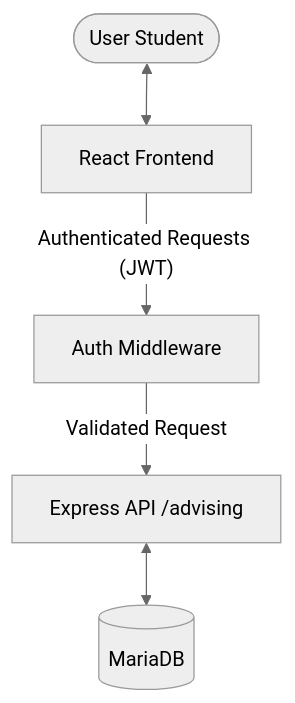
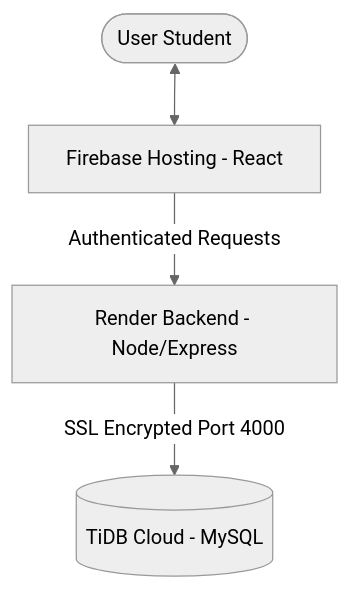
Before and after one commit to TonyCairuz/cs418518-s26: the diagram in Project/report.md, drawn with Mermaid (neutral theme). The commit also changed other lines of this file, not shown here.

````diff
--- a/Project/report.md
+++ b/Project/report.md
@@ -63,7 +66,6 @@
 ```mermaid
 graph TD
-    User([User Student]) <--> Frontend[React Frontend]
-    Frontend -- "Authenticated Requests (JWT)" --> Middleware[Auth Middleware]
-    Middleware -- "Validated Request" --> API[Express API /advising]
-    API <--> DB[(MariaDB)]
+    User([User Student]) <--> Frontend[Firebase Hosting - React]
+    Frontend -- "Authenticated Requests" --> API[Render Backend - Node/Express]
+    API -- "SSL Encrypted Port 4000" --> DB[(TiDB Cloud - MySQL)]
 ```
````
